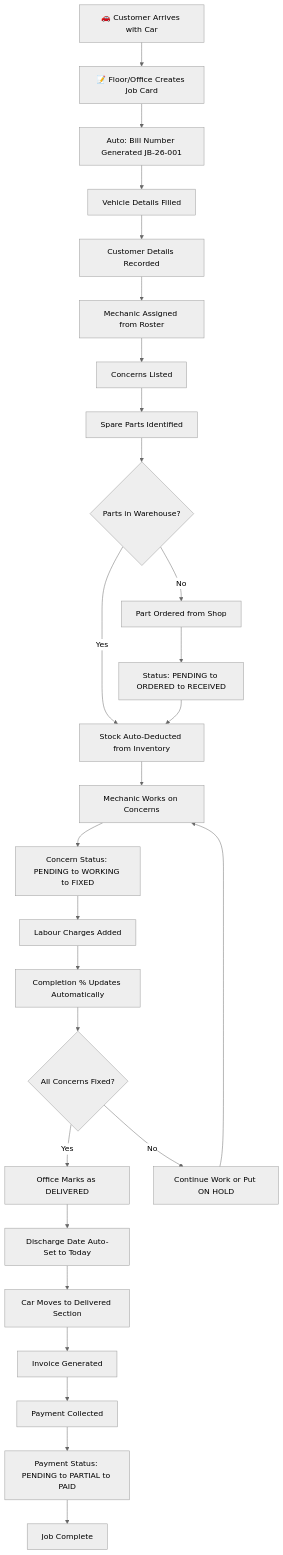
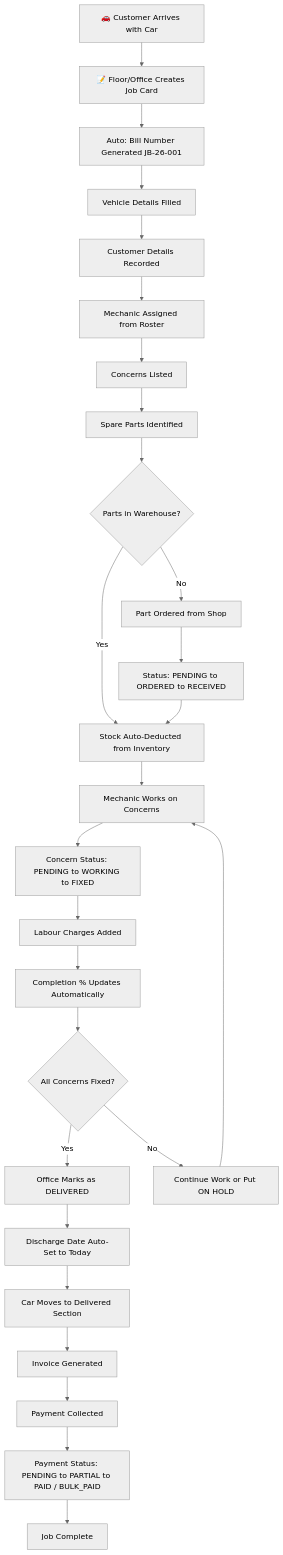
Before and after one commit to Irshaduu/WorkshopOS: the first of 2 diagrams in OPERATIONAL_BLUEPRINT.md, drawn with Mermaid (neutral theme). The commit also changed other lines of this file and 6 other files, not shown here.

````diff
--- a/OPERATIONAL_BLUEPRINT.md
+++ b/OPERATIONAL_BLUEPRINT.md
@@ -10,33 +10,33 @@
 ```mermaid
 graph TD
     A["🚗 Customer Arrives with Car"] --> B["📝 Floor/Office Creates Job Card"]
     B --> C["Auto: Bill Number Generated JB-26-001"]
     C --> D["Vehicle Details Filled"]
     D --> E["Customer Details Recorded"]
     E --> F["Mechanic Assigned from Roster"]
     F --> G["Concerns Listed"]
     G --> H["Spare Parts Identified"]
 
     H --> I{"Parts in Warehouse?"}
     I -->|"Yes"| J["Stock Auto-Deducted from Inventory"]
     I -->|"No"| K["Part Ordered from Shop"]
     K --> L["Status: PENDING to ORDERED to RECEIVED"]
     L --> J
 
     J --> M["Mechanic Works on Concerns"]
     M --> N["Concern Status: PENDING to WORKING to FIXED"]
     N --> O["Labour Charges Added"]
     O --> P["Completion % Updates Automatically"]
 
     P --> Q{"All Concerns Fixed?"}
     Q -->|"Yes"| R["Office Marks as DELIVERED"]
     Q -->|"No"| S["Continue Work or Put ON HOLD"]
     S --> M
 
     R --> T["Discharge Date Auto-Set to Today"]
     T --> U["Car Moves to Delivered Section"]
     U --> V["Invoice Generated"]
     V --> W["Payment Collected"]
-    W --> X["Payment Status: PENDING to PARTIAL to PAID"]
+    W --> X["Payment Status: PENDING to PARTIAL to PAID / BULK_PAID"]
     X --> Y["Job Complete"]
 ```
````
